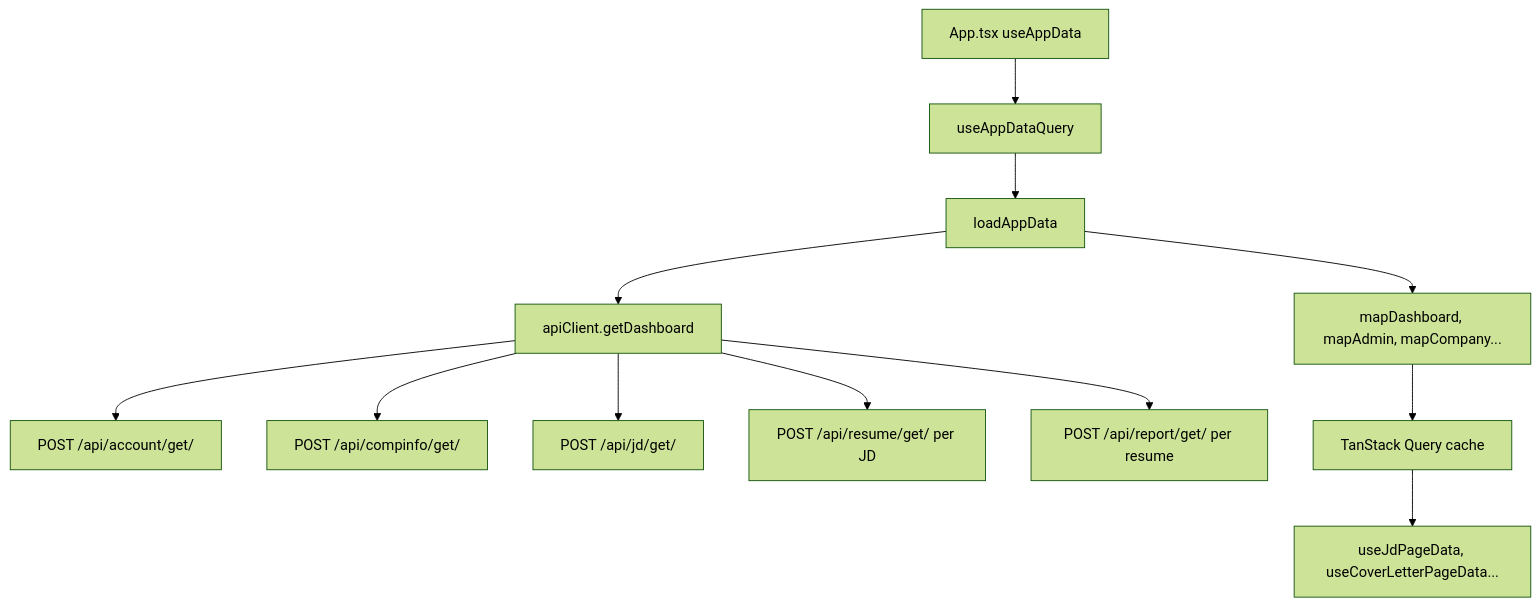
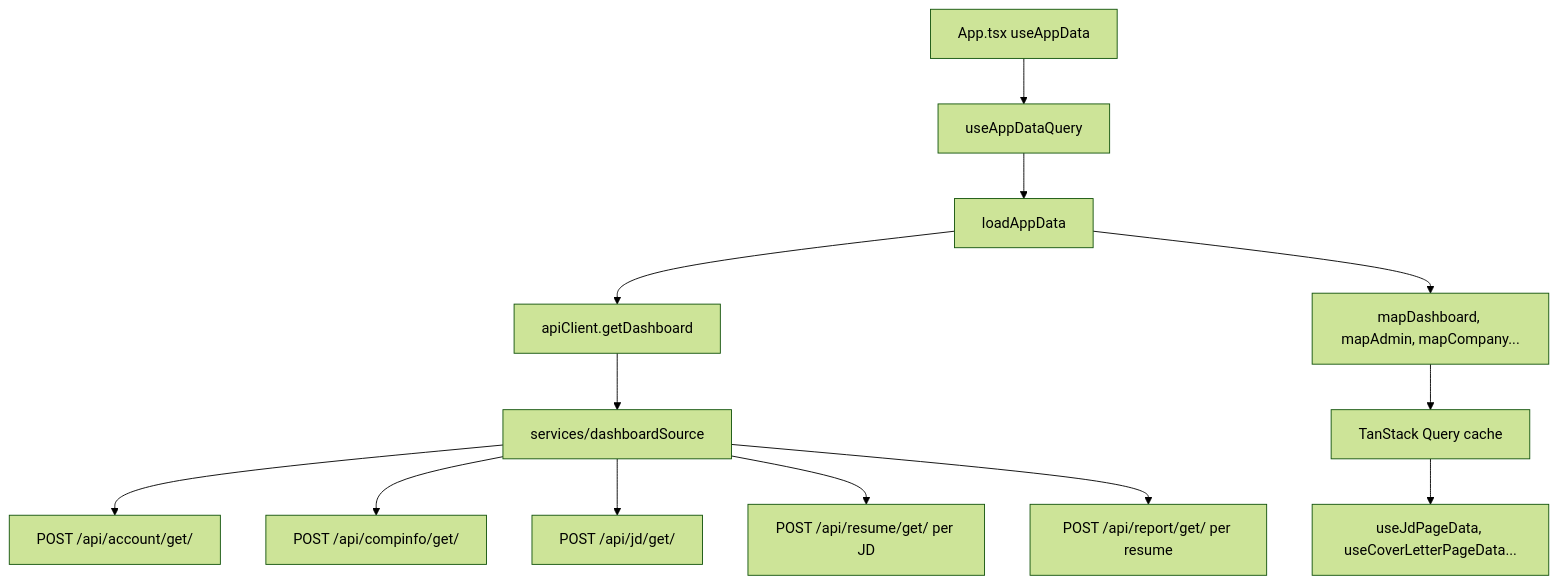
Before and after one commit to SKN26-Final-1st/Final_project: the first of 3 diagrams in docs/02-architecture/data-flow.md, drawn with Mermaid (forest theme). The commit also changed other lines of this file and 2 other files, not shown here.

First line of the commit message:
docs(architecture): refresh system structure and flows

````diff
--- a/docs/02-architecture/data-flow.md
+++ b/docs/02-architecture/data-flow.md
@@ -14,14 +15,15 @@
 ```mermaid
 flowchart TD
   App["App.tsx useAppData"] --> Query["useAppDataQuery"]
   Query --> Load["loadAppData"]
-  Load --> Client["apiClient.getDashboard"]
-  Client --> Account["POST /api/account/get/"]
-  Client --> Company["POST /api/compinfo/get/"]
-  Client --> JD["POST /api/jd/get/"]
-  Client --> Resume["POST /api/resume/get/ per JD"]
-  Client --> Report["POST /api/report/get/ per resume"]
+  Load --> Facade["apiClient.getDashboard"]
+  Facade --> Source["services/dashboardSource"]
+  Source --> Account["POST /api/account/get/"]
+  Source --> Company["POST /api/compinfo/get/"]
+  Source --> JD["POST /api/jd/get/"]
+  Source --> Resume["POST /api/resume/get/ per JD"]
+  Source --> Report["POST /api/report/get/ per resume"]
   Load --> Adapters["mapDashboard, mapAdmin, mapCompany..."]
   Adapters --> Cache["TanStack Query cache"]
   Cache --> PageHooks["useJdPageData, useCoverLetterPageData..."]
 ```
````
